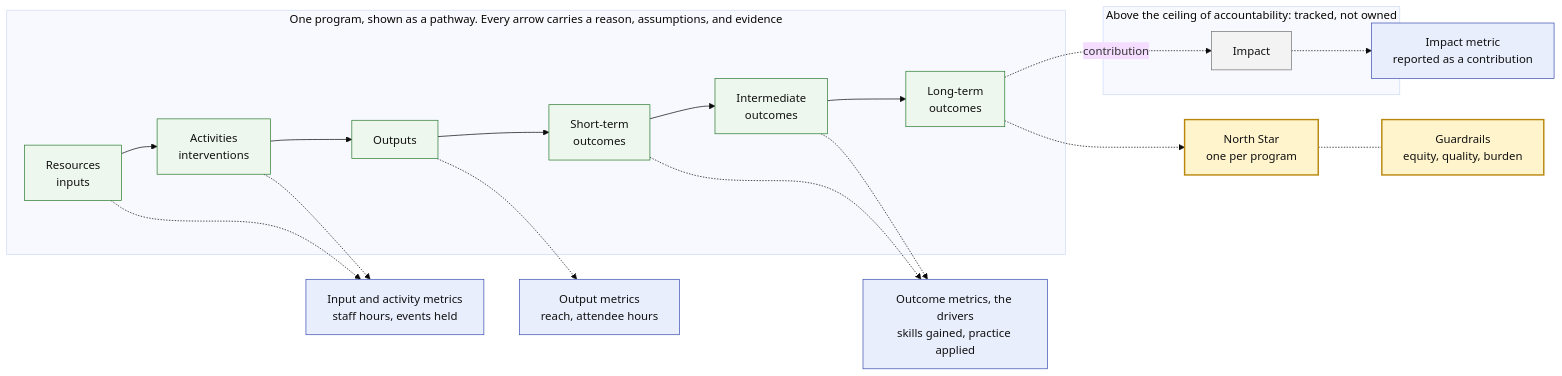
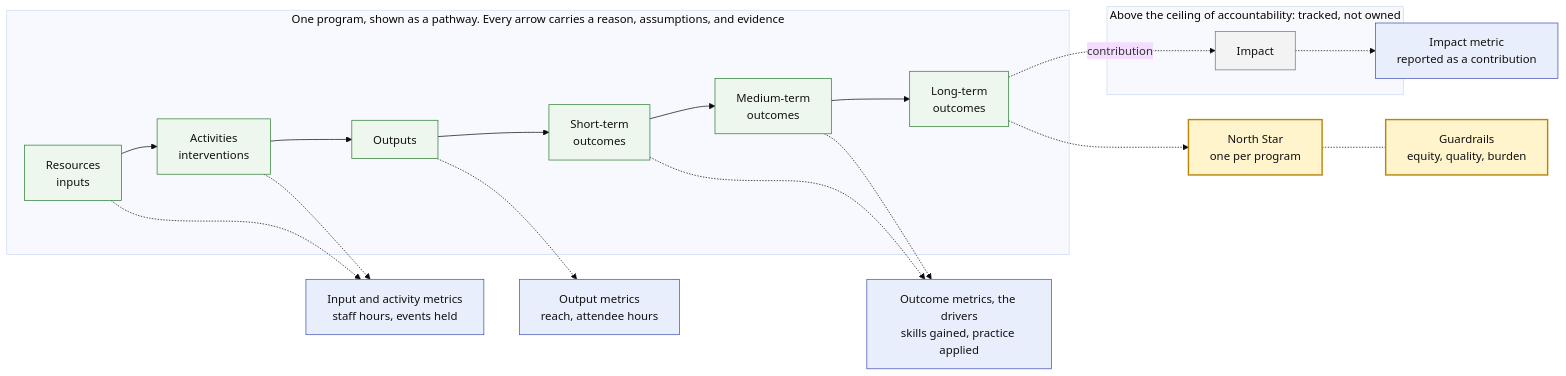
Before and after one commit to ProductBuildersHQ/theoryofchange-spec: the second of 3 diagrams in README.md, drawn with Mermaid (base theme). The commit also changed other lines of this file and 7 other files, not shown here.

First line of the commit message:
docs: use medium-term across the guides and specs

````diff
--- a/README.md
+++ b/README.md
@@ -104,35 +104,35 @@
 ```mermaid
 flowchart LR
   classDef step fill:#eef7ee,stroke:#2e7d32,color:#111
   classDef metric fill:#e8eefc,stroke:#3f51b5,color:#111
   classDef focus fill:#fff4cc,stroke:#b8860b,stroke-width:2px,color:#111
   classDef above fill:#f3f3f3,stroke:#757575,color:#111
 
   subgraph program["One program, shown as a pathway. Every arrow carries a reason, assumptions, and evidence"]
     res["Resources<br/>inputs"]:::step --> act["Activities<br/>interventions"]:::step
     act --> outp["Outputs"]:::step
     outp --> st["Short-term<br/>outcomes"]:::step
-    st --> mid["Intermediate<br/>outcomes"]:::step
+    st --> mid["Medium-term<br/>outcomes"]:::step
     mid --> lt["Long-term<br/>outcomes"]:::step
   end
   subgraph above["Above the ceiling of accountability: tracked, not owned"]
     imp["Impact"]:::above
   end
   lt -.->|contribution| imp
 
   m1["Input and activity metrics<br/>staff hours, events held"]:::metric
   m2["Output metrics<br/>reach, attendee hours"]:::metric
   m3["Outcome metrics, the drivers<br/>skills gained, practice applied"]:::metric
   ns["North Star<br/>one per program"]:::focus
   gr["Guardrails<br/>equity, quality, burden"]:::focus
   mi["Impact metric<br/>reported as a contribution"]:::metric
 
   res -.-> m1
   act -.-> m1
   outp -.-> m2
   st -.-> m3
   mid -.-> m3
   lt -.-> ns
   ns -.- gr
   imp -.-> mi
 ```
````
